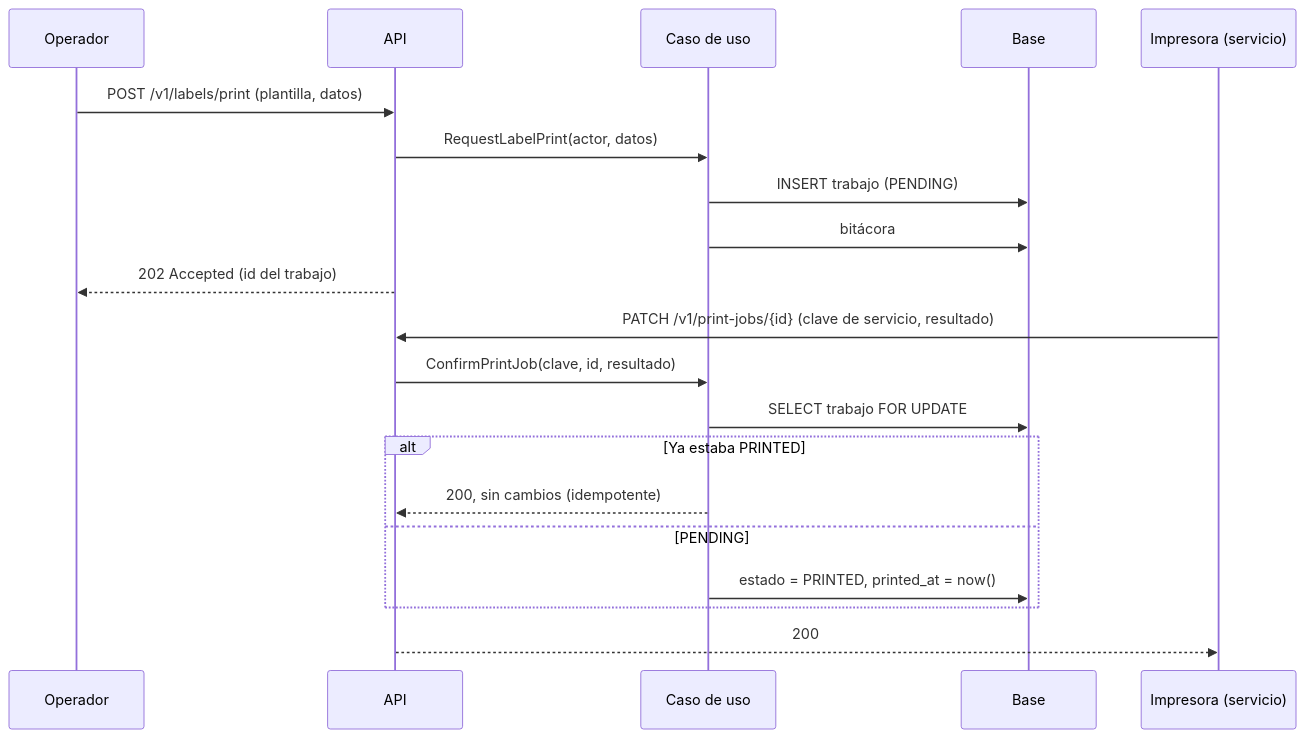
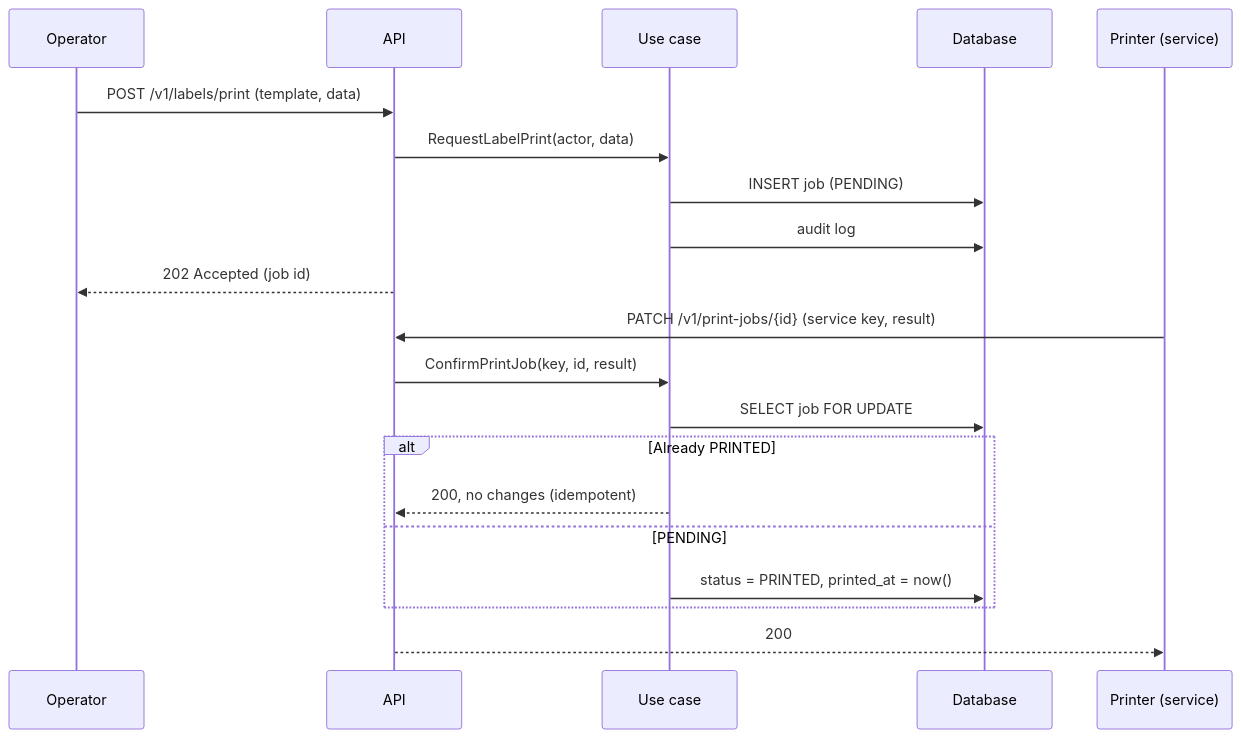
Before and after one commit to maag070208/AXZY_STOCK_FLOW: the second of 2 diagrams in docs/flujos/etiquetas.md, drawn with Mermaid. The commit also changed other lines of this file and 89 other files, not shown here.

````diff
--- a/docs/flujos/etiquetas.md
+++ b/docs/flujos/etiquetas.md
@@ -36,24 +36,24 @@
 ```mermaid
 sequenceDiagram
-    participant Op as Operador
+    participant Op as Operator
     participant API
-    participant UC as Caso de uso
-    participant DB as Base
-    participant Imp as Impresora (servicio)
+    participant UC as Use case
+    participant DB as Database
+    participant Imp as Printer (service)
 
-    Op->>API: POST /v1/labels/print (plantilla, datos)
-    API->>UC: RequestLabelPrint(actor, datos)
-    UC->>DB: INSERT trabajo (PENDING)
-    UC->>DB: bitácora
-    API-->>Op: 202 Accepted (id del trabajo)
+    Op->>API: POST /v1/labels/print (template, data)
+    API->>UC: RequestLabelPrint(actor, data)
+    UC->>DB: INSERT job (PENDING)
+    UC->>DB: audit log
+    API-->>Op: 202 Accepted (job id)
 
-    Imp->>API: PATCH /v1/print-jobs/{id} (clave de servicio, resultado)
-    API->>UC: ConfirmPrintJob(clave, id, resultado)
-    UC->>DB: SELECT trabajo FOR UPDATE
-    alt Ya estaba PRINTED
-        UC-->>API: 200, sin cambios (idempotente)
+    Imp->>API: PATCH /v1/print-jobs/{id} (service key, result)
+    API->>UC: ConfirmPrintJob(key, id, result)
+    UC->>DB: SELECT job FOR UPDATE
+    alt Already PRINTED
+        UC-->>API: 200, no changes (idempotent)
     else PENDING
-        UC->>DB: estado = PRINTED, printed_at = now()
+        UC->>DB: status = PRINTED, printed_at = now()
     end
     API-->>Imp: 200
 ```
````
